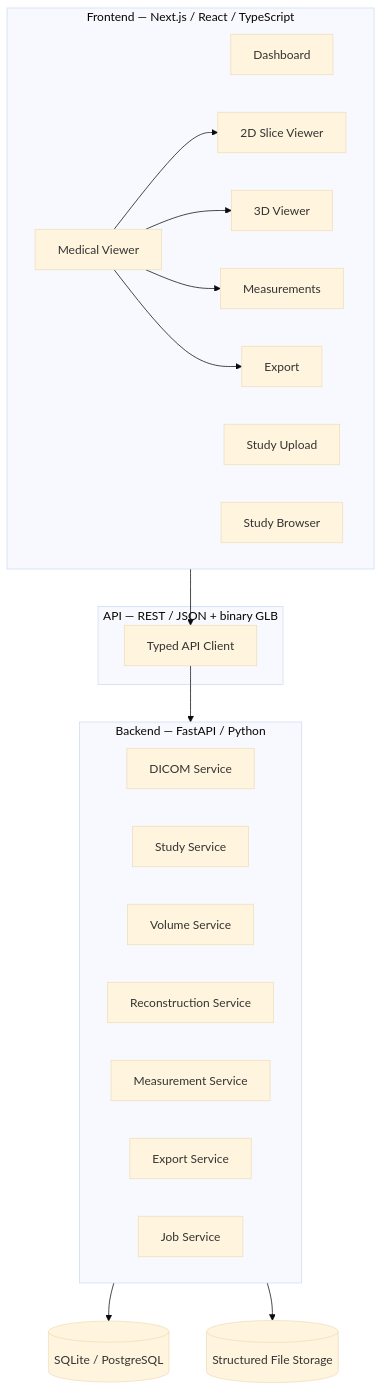
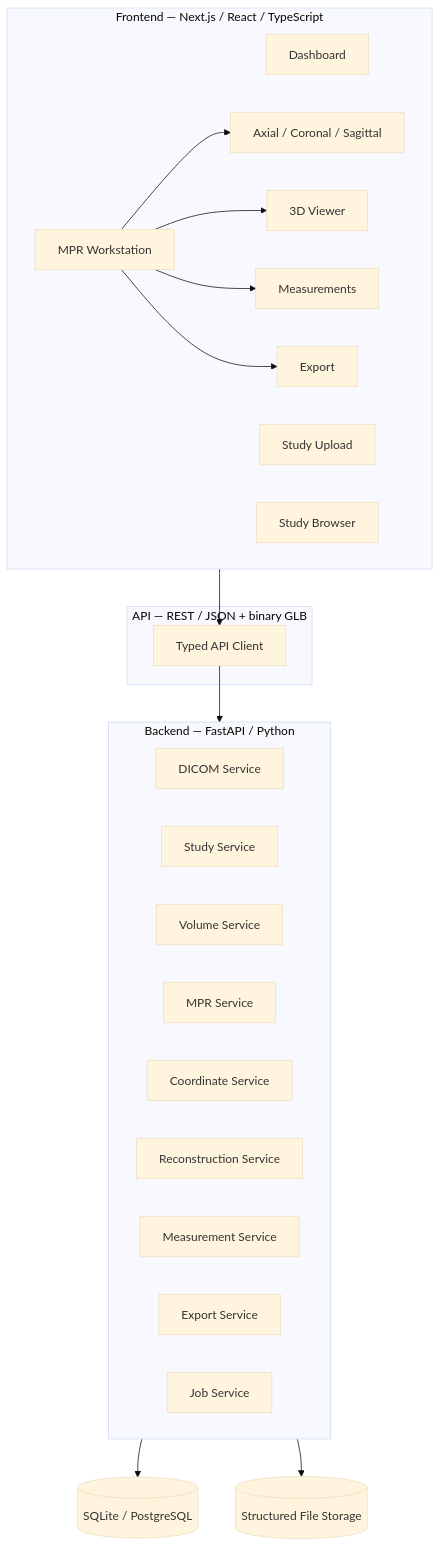
Before and after one commit to AbdulRehmanRaza03/3D-Medical-Imaging-Software: the second of 2 diagrams in README.md, drawn with Mermaid (base theme). The commit also changed other lines of this file and 56 other files, not shown here.

First line of the commit message:
Add Phase 2 MPR workstation and Phase 3 AI segmentation

````diff
--- a/README.md
+++ b/README.md
@@ -70,31 +72,33 @@
 ```mermaid
 graph TD
     subgraph Frontend["Frontend — Next.js / React / TypeScript"]
         D[Dashboard]
         U[Study Upload]
         B[Study Browser]
-        V[Medical Viewer]
-        V --> V2[2D Slice Viewer]
+        V[MPR Workstation]
+        V --> V2[Axial / Coronal / Sagittal]
         V --> V3[3D Viewer]
         V --> V4[Measurements]
         V --> V5[Export]
     end
 
     subgraph API["API — REST / JSON + binary GLB"]
         C[Typed API Client]
     end
 
     subgraph Backend["Backend — FastAPI / Python"]
         S1[DICOM Service]
         S2[Study Service]
         S3[Volume Service]
-        S4[Reconstruction Service]
-        S5[Measurement Service]
-        S6[Export Service]
-        S7[Job Service]
+        S4[MPR Service]
+        S5[Coordinate Service]
+        S6[Reconstruction Service]
+        S7[Measurement Service]
+        S8[Export Service]
+        S9[Job Service]
     end
 
     Frontend --> C --> Backend
     Backend --> DB[(SQLite / PostgreSQL)]
     Backend --> FS[(Structured File Storage)]
 ```
````
